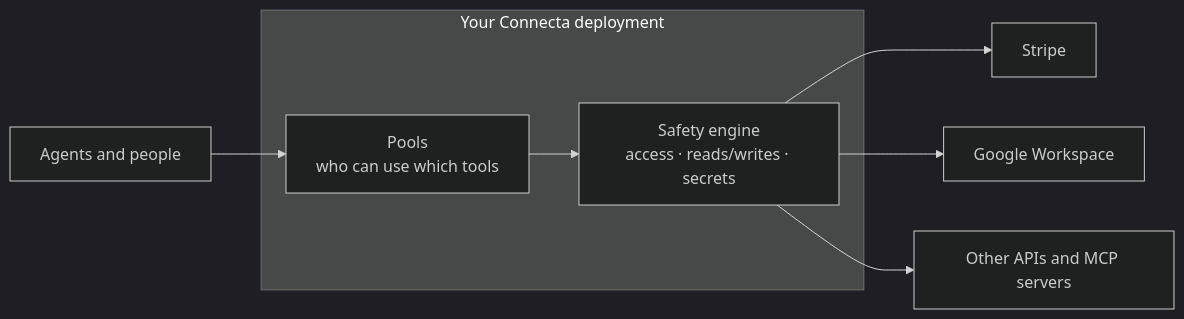
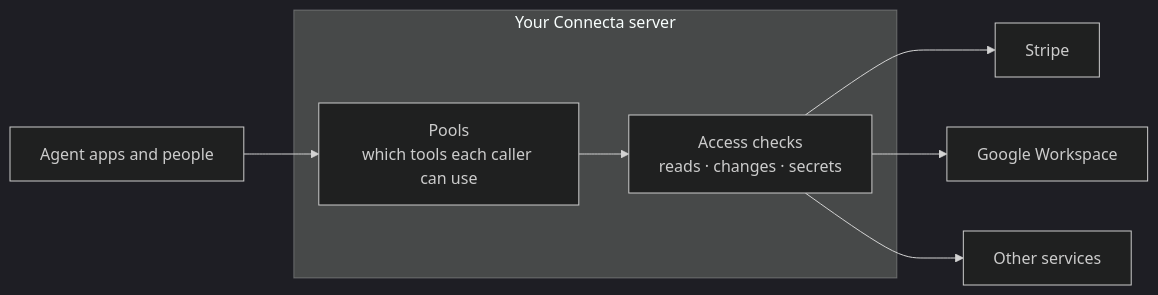
One commit to zackbart/connecta changed the first of 2 diagrams in README.md. Above: the diagram before and after it, drawn with Mermaid (dark theme). The commit also changed other lines of this file and 9 other files, not shown here.

````diff
--- a/README.md
+++ b/README.md
@@ -8,10 +9,10 @@
 ```mermaid
 flowchart LR
-    Agents["Agents and people"] --> Pools
-    subgraph Connecta["Your Connecta deployment"]
-        Pools["Pools<br/>who can use which tools"] --> Safety["Safety engine<br/>access · reads/writes · secrets"]
+    Agents["Agent apps and people"] --> Pools
+    subgraph Connecta["Your Connecta server"]
+        Pools["Pools<br/>which tools each caller can use"] --> Checks["Access checks<br/>reads · changes · secrets"]
     end
-    Safety --> Stripe
-    Safety --> Google["Google Workspace"]
-    Safety --> Other["Other APIs and MCP servers"]
+    Checks --> Stripe
+    Checks --> Google["Google Workspace"]
+    Checks --> Other["Other services"]
 ```
````
